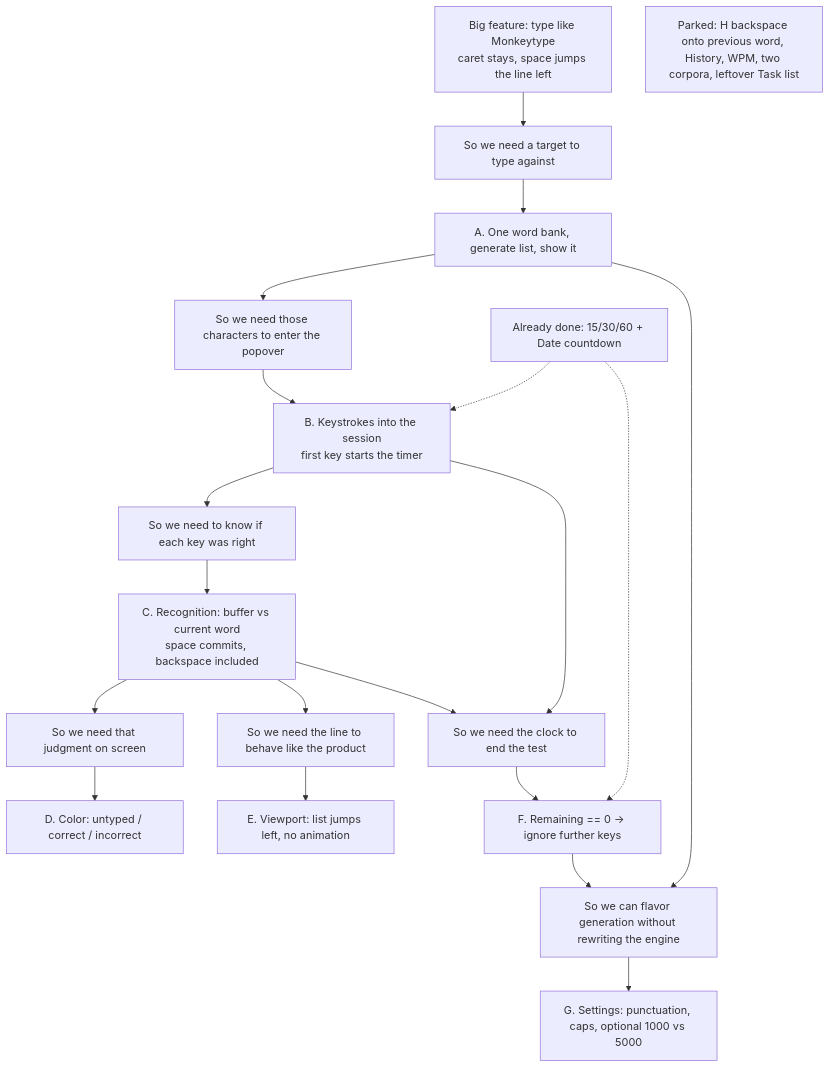
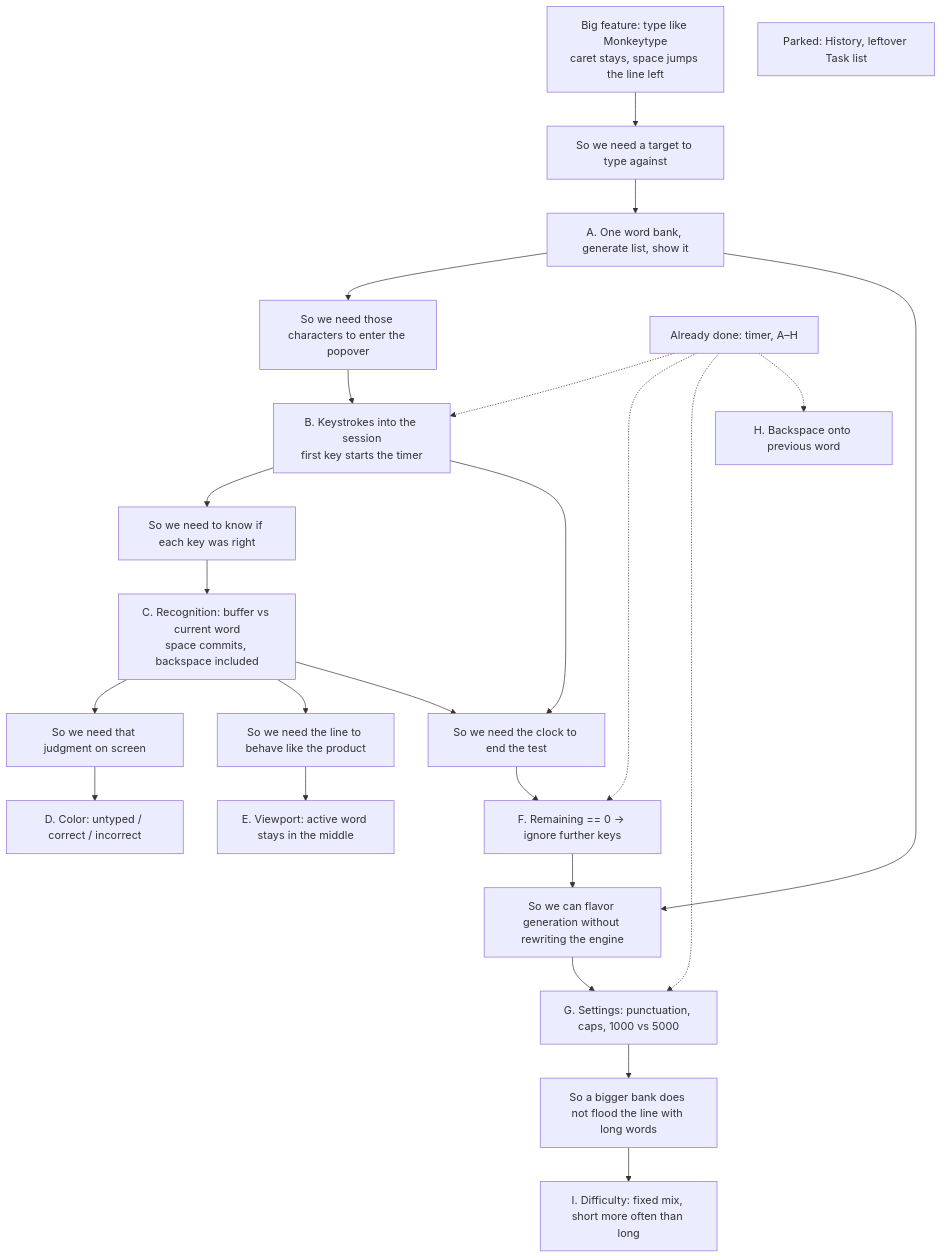
One commit to KennardMB/TypeShi changed the first of 3 diagrams in SLICE_ORDER.md. Above: the diagram before and after it, drawn with Mermaid. The commit also changed other lines of this file and 11 other files, not shown here.

````diff
--- a/SLICE_ORDER.md
+++ b/SLICE_ORDER.md
@@ -7,32 +9,37 @@
 ```mermaid
 flowchart TB
   P["Big feature: type like Monkeytype<br/>caret stays, space jumps the line left"]
 
   P --> NeedTarget["So we need a target to type against"]
   NeedTarget --> A["A. One word bank, generate list, show it"]
 
   A --> NeedKeys["So we need those characters to enter the popover"]
   NeedKeys --> B["B. Keystrokes into the session<br/>first key starts the timer"]
 
   B --> NeedJudge["So we need to know if each key was right"]
   NeedJudge --> C["C. Recognition: buffer vs current word<br/>space commits, backspace included"]
 
   C --> NeedPaint["So we need that judgment on screen"]
   NeedPaint --> D["D. Color: untyped / correct / incorrect"]
 
   C --> NeedJump["So we need the line to behave like the product"]
-  NeedJump --> E["E. Viewport: list jumps left, no animation"]
+  NeedJump --> E["E. Viewport: active word stays in the middle"]
 
   B --> NeedStop["So we need the clock to end the test"]
   C --> NeedStop
   NeedStop --> F["F. Remaining == 0 → ignore further keys"]
 
   A --> NeedKnobs["So we can flavor generation without rewriting the engine"]
   F --> NeedKnobs
-  NeedKnobs --> G["G. Settings: punctuation, caps, optional 1000 vs 5000"]
+  NeedKnobs --> G["G. Settings: punctuation, caps, 1000 vs 5000"]
 
-  Done["Already done: 15/30/60 + Date countdown"] -.-> B
+  G --> NeedMix["So a bigger bank does not flood the line with long words"]
+  NeedMix --> I["I. Difficulty: fixed mix, short more often than long"]
+
+  Done["Already done: timer, A–H"] -.-> B
   Done -.-> F
+  Done -.-> G
+  Done -.-> H["H. Backspace onto previous word"]
 
-  Park["Parked: H backspace onto previous word, History, WPM, two corpora, leftover Task list"]
+  Park["Parked: History, leftover Task list"]
 ```
````
